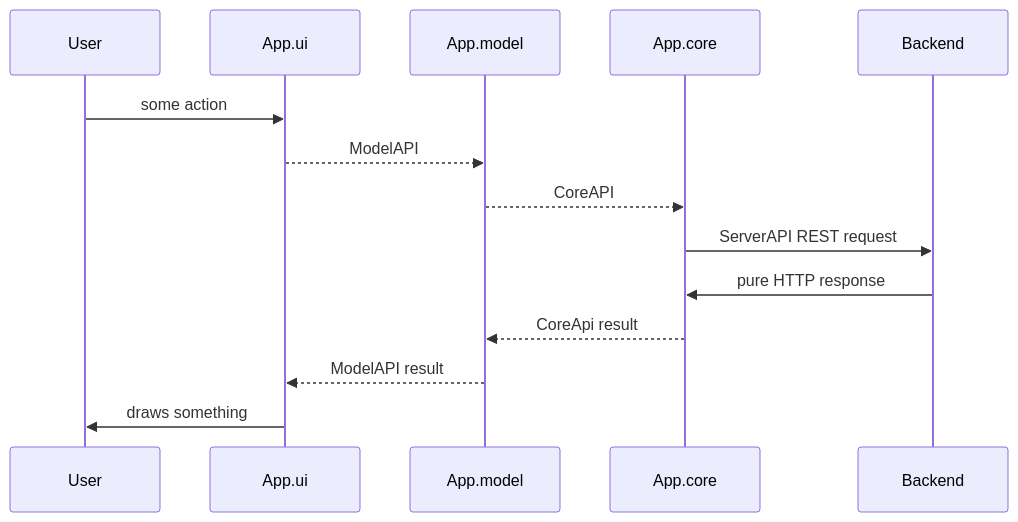
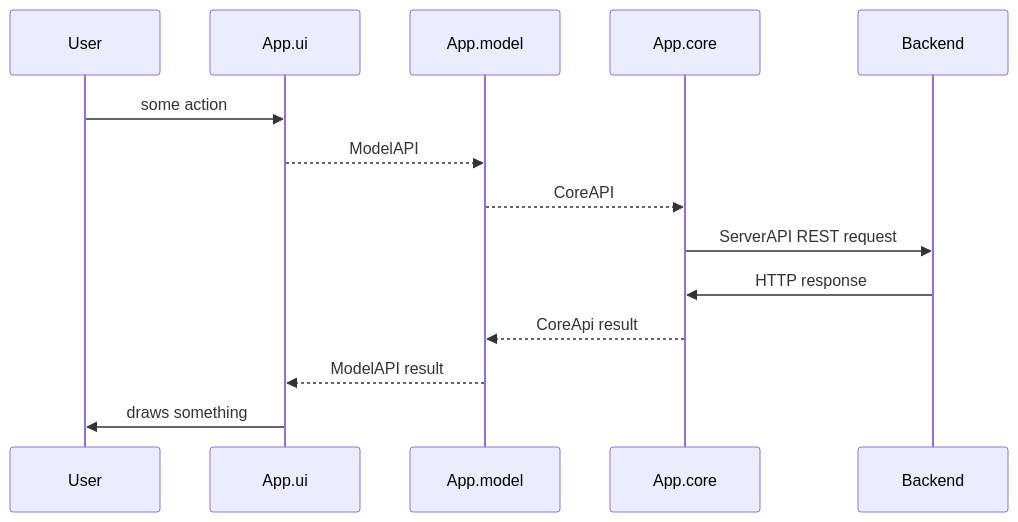
One commit to funduck/modular-notes changed the second of 7 diagrams in README.md. Above: the diagram before and after it, drawn with Mermaid. The commit also changed other lines of this file and 8 other files, not shown here.

````diff
--- a/README.md
+++ b/README.md
@@ -35,11 +56,11 @@
 ```mermaid
 sequenceDiagram
     User        ->>     App.ui:     some action
     App.ui     -->>     App.model:  ModelAPI
     App.model  -->>     App.core:   CoreAPI
     App.core    ->>     Backend:    ServerAPI REST request
-    Backend     ->>     App.core:   pure HTTP response
+    Backend     ->>     App.core:   HTTP response
     App.core   -->>     App.model:  CoreApi result
     App.model  -->>     App.ui:     ModelAPI result
     App.ui      ->>     User:       draws something
 ```
````
